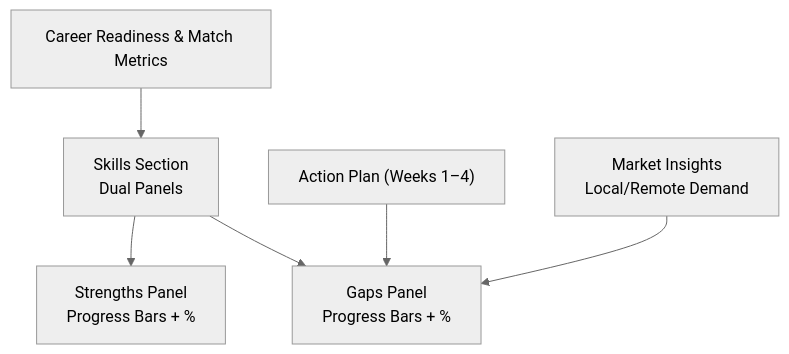
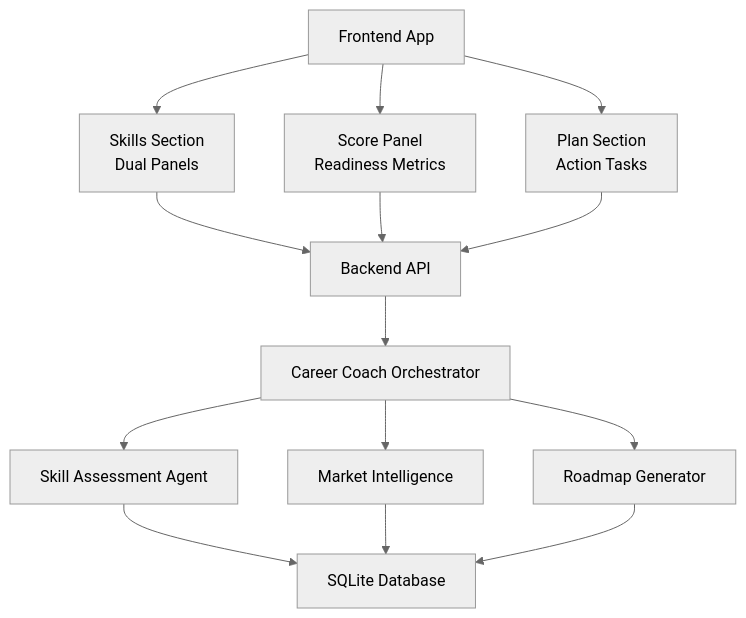
One commit to Alishba-Moin/CareerCompass changed the first of 4 diagrams in .qoder/repowiki/en/content/Core Features/Skills Analysis Dashboard.md. Above: the diagram before and after it, drawn with Mermaid (neutral theme). The commit also changed other lines of this file and 38 other files, not shown here.

Commit message:
Add Roadmap pdf download option

````diff
--- a/.qoder/repowiki/en/content/Core Features/Skills Analysis Dashboard.md
+++ b/.qoder/repowiki/en/content/Core Features/Skills Analysis Dashboard.md
@@ -30,8 +55,16 @@
 ```mermaid
 graph TB
-A["Skills Section<br/>Dual Panels"] --> B["Strengths Panel<br/>Progress Bars + %"]
-A --> C["Gaps Panel<br/>Progress Bars + %"]
-D["Career Readiness & Match Metrics"] --> A
-E["Action Plan (Weeks 1–4)"] --> C
-F["Market Insights<br/>Local/Remote Demand"] --> C
+A["Frontend App"] --> B["Skills Section<br/>Dual Panels"]
+A --> C["Score Panel<br/>Readiness Metrics"]
+A --> D["Plan Section<br/>Action Tasks"]
+B --> E["Backend API"]
+C --> E
+D --> E
+E --> F["Career Coach Orchestrator"]
+F --> G["Skill Assessment Agent"]
+F --> H["Market Intelligence"]
+F --> I["Roadmap Generator"]
+G --> J["SQLite Database"]
+H --> J
+I --> J
 ```
````
